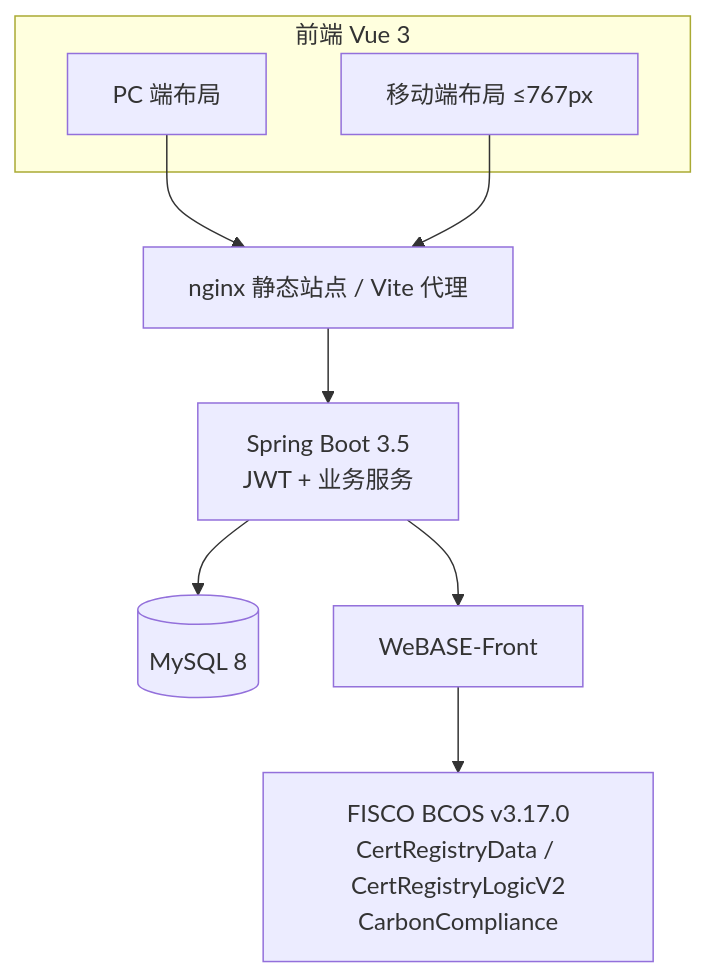
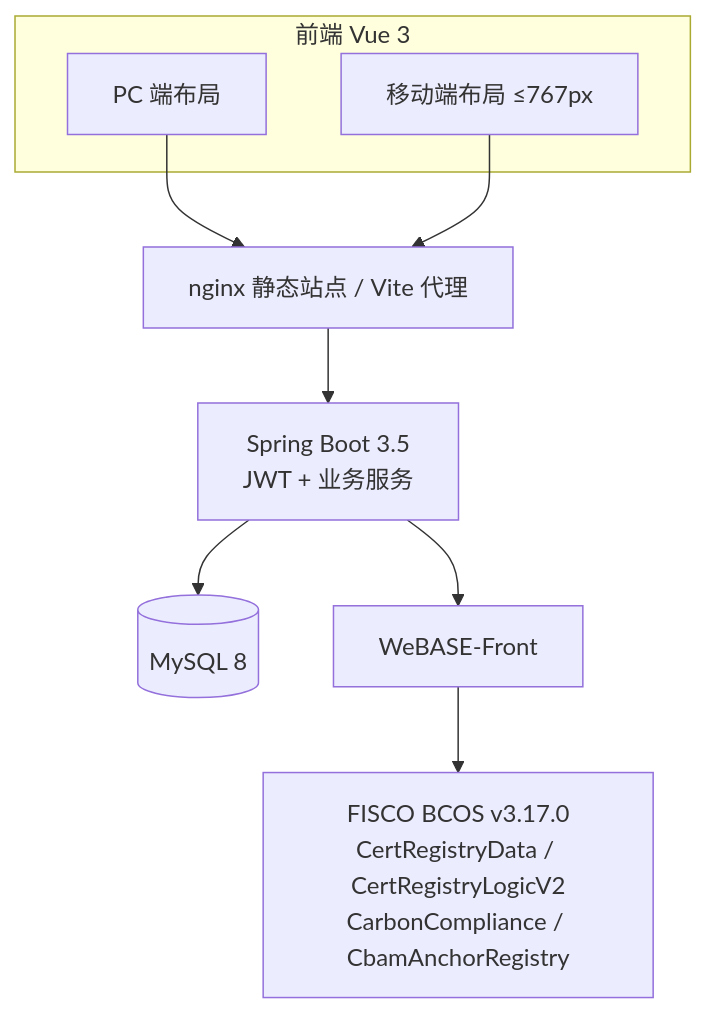
One commit to hexbode/carbon-trace-blockchain changed the second of 2 diagrams in README.md. Above: the diagram before and after it, drawn with Mermaid. The commit also changed other lines of this file and 29 other files, not shown here.

````diff
--- a/README.md
+++ b/README.md
@@ -103,18 +109,18 @@
 ```mermaid
 flowchart TB
     subgraph Client[前端 Vue 3]
         PC[PC 端布局]
         MB[移动端布局 ≤767px]
     end
     NG[nginx 静态站点 / Vite 代理]
     API[Spring Boot 3.5<br/>JWT + 业务服务]
     DB[(MySQL 8)]
     WB[WeBASE-Front]
-    CH[FISCO BCOS v3.17.0<br/>CertRegistryData / CertRegistryLogicV2<br/>CarbonCompliance]
+    CH[FISCO BCOS v3.17.0<br/>CertRegistryData / CertRegistryLogicV2<br/>CarbonCompliance / CbamAnchorRegistry]
 
     PC --> NG
     MB --> NG
     NG --> API
     API --> DB
     API --> WB --> CH
 ```
````
